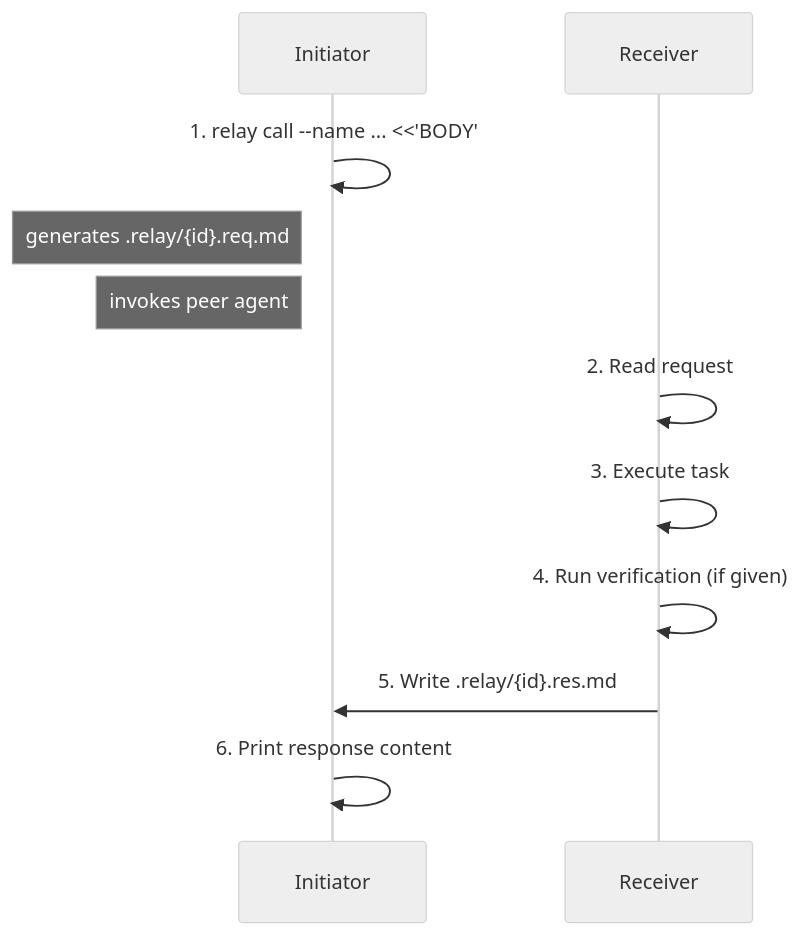
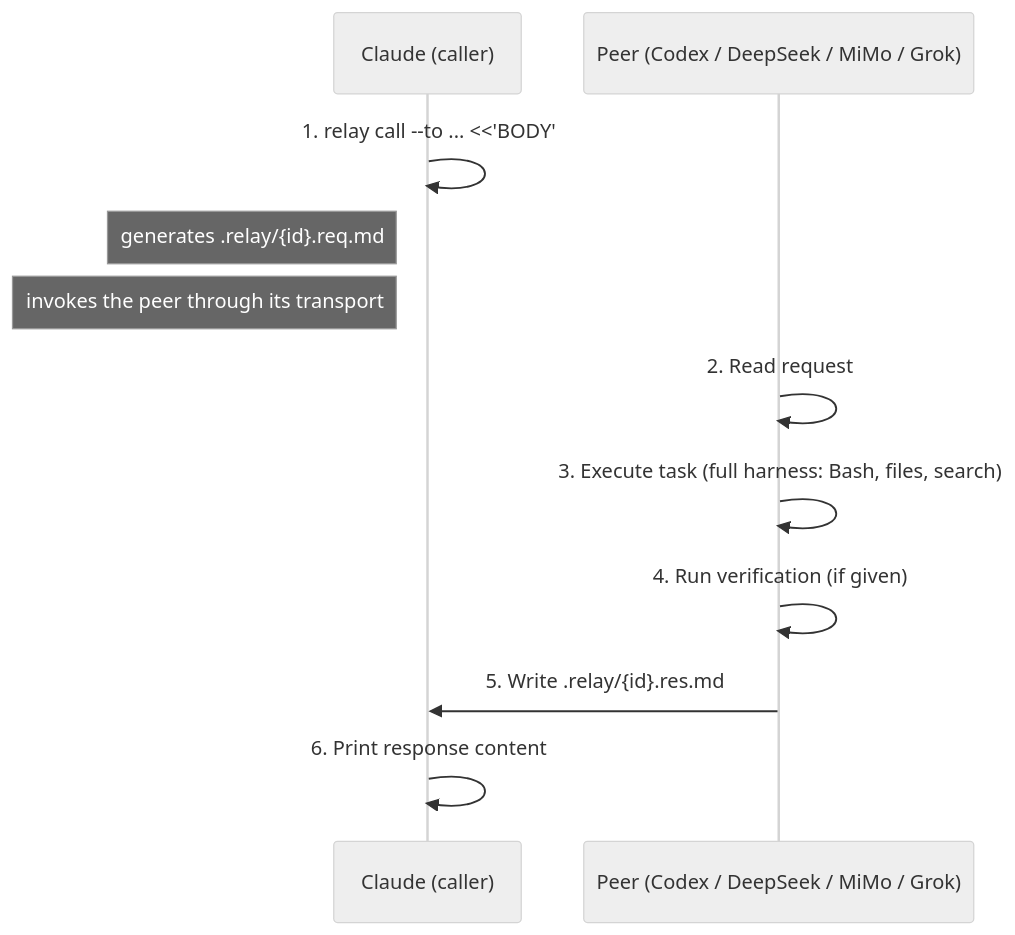
The diagram in README.md (chrisliu298/relay), drawn with Mermaid (neutral theme) before and after one commit. The commit also changed other lines of this file and 11 other files, not shown here.

First line of the commit message:
Replace with flat claude-only multi-peer relay

````diff
--- a/README.md
+++ b/README.md
@@ -88,14 +66,14 @@
 ```mermaid
 sequenceDiagram
-    participant I as Initiator
-    participant R as Receiver
+    participant C as Claude (caller)
+    participant P as Peer (Codex / DeepSeek / MiMo / Grok)
 
-    I->>I: 1. relay call --name ... <<'BODY'
-    Note left of I: generates .relay/{id}.req.md
-    Note left of I: invokes peer agent
-    R->>R: 2. Read request
-    R->>R: 3. Execute task
-    R->>R: 4. Run verification (if given)
-    R->>I: 5. Write .relay/{id}.res.md
-    I->>I: 6. Print response content
+    C->>C: 1. relay call --to ... <<'BODY'
+    Note left of C: generates .relay/{id}.req.md
+    Note left of C: invokes the peer through its transport
+    P->>P: 2. Read request
+    P->>P: 3. Execute task (full harness: Bash, files, search)
+    P->>P: 4. Run verification (if given)
+    P->>C: 5. Write .relay/{id}.res.md
+    C->>C: 6. Print response content
 ```
````
